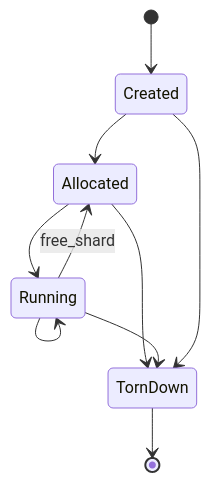
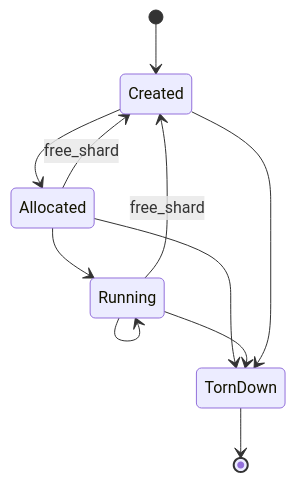
One commit to H4V1K-dev/axicor_enterprise changed the diagram in docs/engine/spec_L3/compute_spec.md. Above: the diagram before and after it, drawn with Mermaid. The commit also changed other lines of this file and 2 other files, not shown here.

Commit message:
docs: add architectural review and compute specification documentation

````diff
--- a/docs/engine/spec_L3/compute_spec.md
+++ b/docs/engine/spec_L3/compute_spec.md
@@ -95,12 +100,13 @@
 ```mermaid
 stateDiagram-v2
     [*] --> Created
     Created --> Allocated
     Allocated --> Running
     Running --> Running
-    Running --> Allocated: free_shard
+    Allocated --> Created: free_shard
+    Running --> Created: free_shard
     Allocated --> TornDown
     Running --> TornDown
     Created --> TornDown
     TornDown --> [*]
 ```
````
